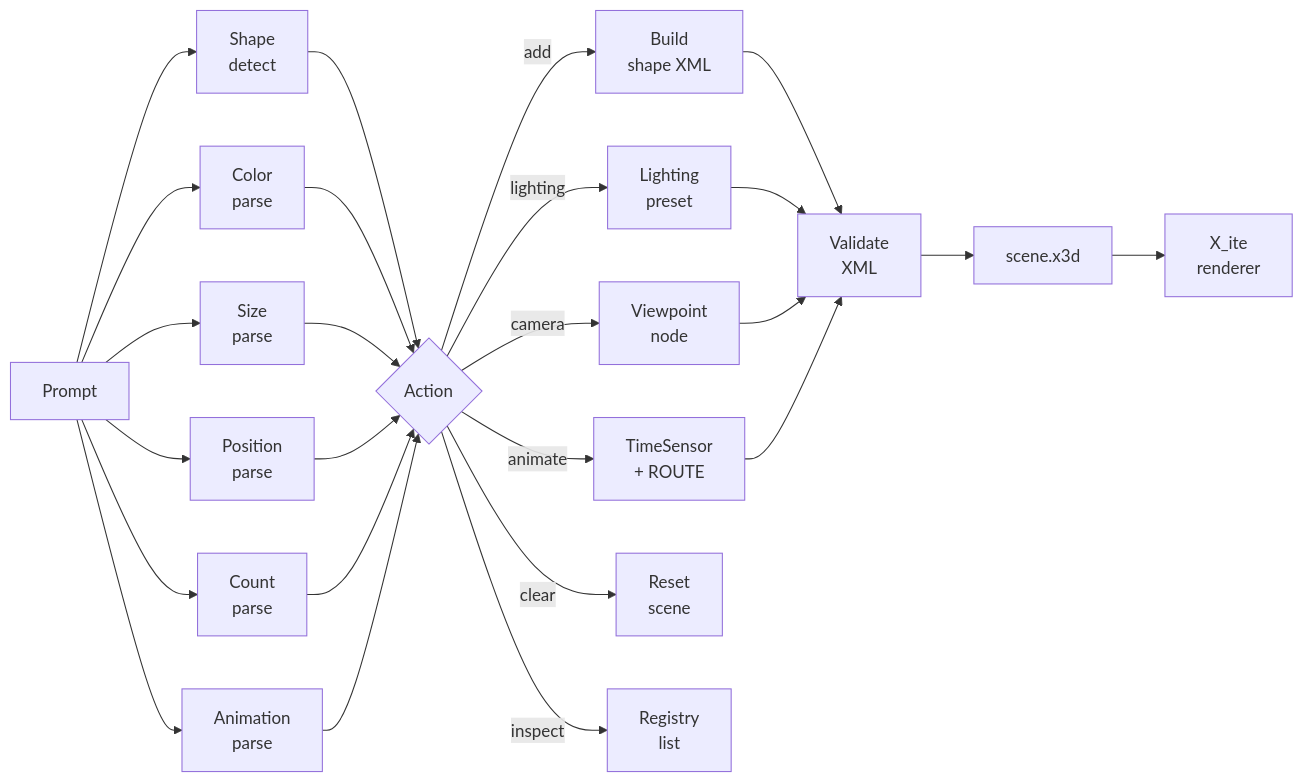
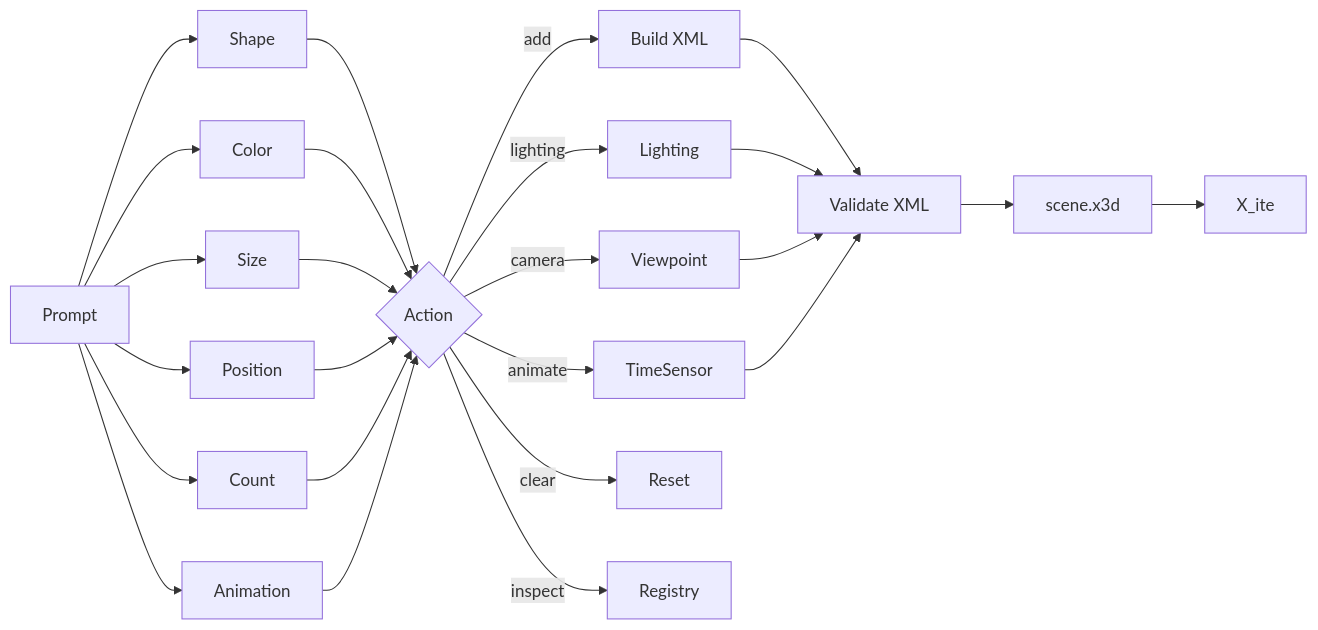
The second of 5 diagrams in README.md (subunits/AI-x3d), drawn with Mermaid before and after one commit. The commit also changed other lines of this file, not shown here.

````diff
--- a/README.md
+++ b/README.md
@@ -65,30 +65,30 @@
 ```mermaid
 flowchart LR
-    P[Prompt] --> SD[Shape\ndetect]
-    P --> CD[Color\nparse]
-    P --> SZ[Size\nparse]
-    P --> PO[Position\nparse]
-    P --> CN[Count\nparse]
-    P --> AN[Animation\nparse]
+    P[Prompt] --> SD[Shape]
+    P --> CD[Color]
+    P --> SZ[Size]
+    P --> PO[Position]
+    P --> CN[Count]
+    P --> AN[Animation]
 
     SD --> ACT{Action}
     CD --> ACT
     SZ --> ACT
     PO --> ACT
     CN --> ACT
     AN --> ACT
 
-    ACT -->|add| BLD[Build\nshape XML]
-    ACT -->|lighting| LGT[Lighting\npreset]
-    ACT -->|camera| CAM[Viewpoint\nnode]
-    ACT -->|animate| ANM[TimeSensor\n+ ROUTE]
-    ACT -->|clear| CLR[Reset\nscene]
-    ACT -->|inspect| INS[Registry\nlist]
+    ACT -->|add| BLD[Build XML]
+    ACT -->|lighting| LGT[Lighting]
+    ACT -->|camera| CAM[Viewpoint]
+    ACT -->|animate| ANM[TimeSensor]
+    ACT -->|clear| CLR[Reset]
+    ACT -->|inspect| INS[Registry]
 
-    BLD --> VAL[Validate\nXML]
+    BLD --> VAL[Validate XML]
     LGT --> VAL
     CAM --> VAL
     ANM --> VAL
     VAL --> SCN[scene.x3d]
-    SCN --> X3D[X_ite\nrenderer]
+    SCN --> X3D[X_ite]
 ```
````
